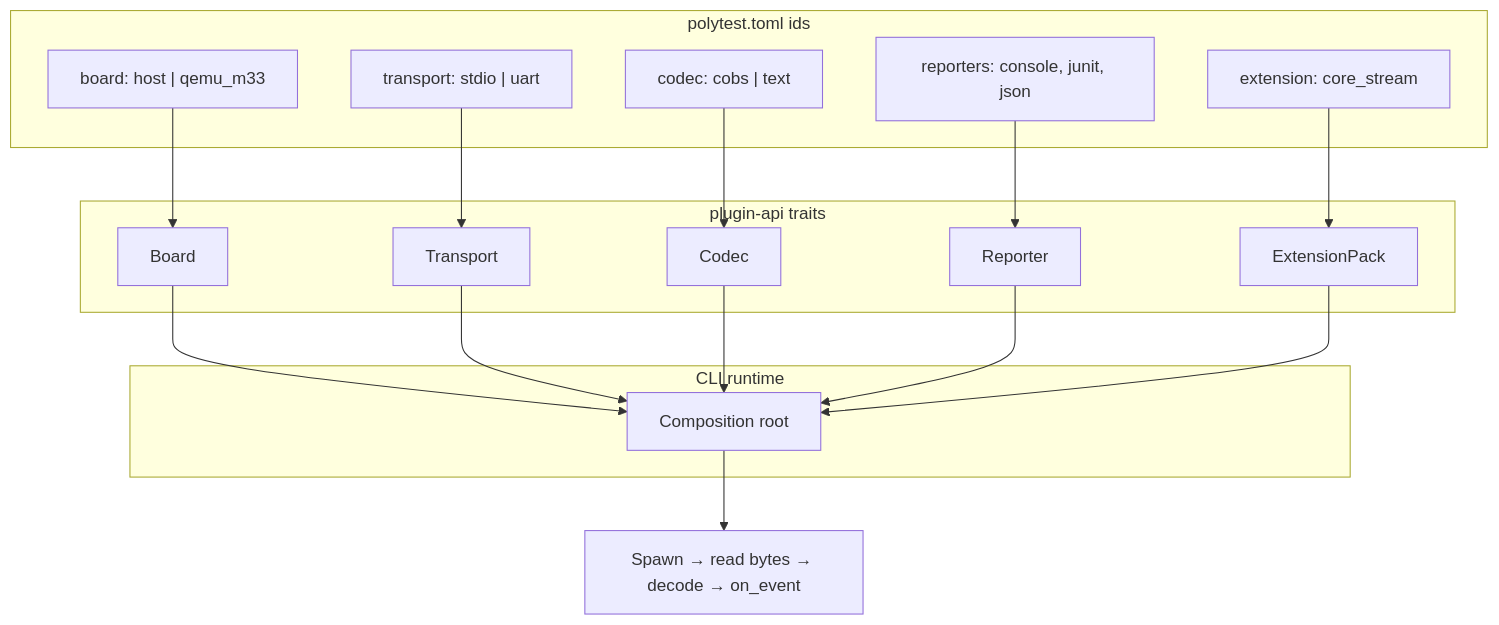
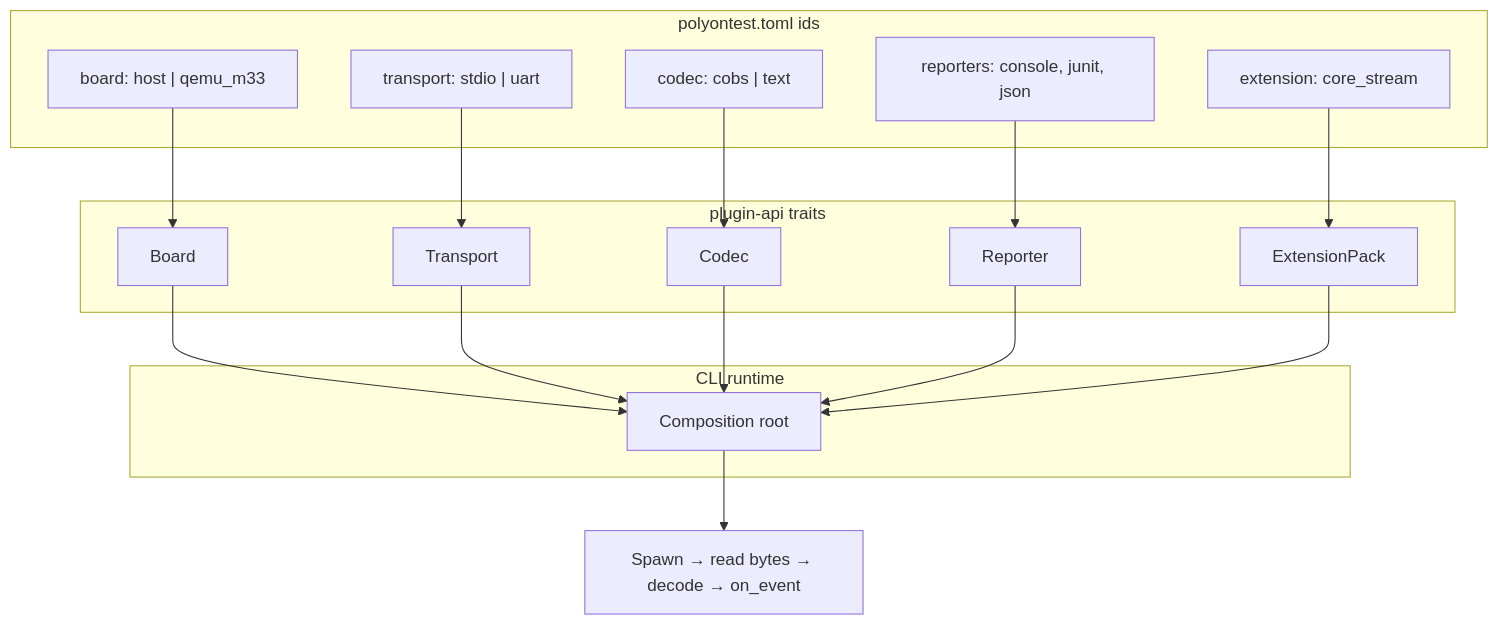
The diagram in docs/plugins.md (malto101/Open-PolyTest-Framework), drawn with Mermaid before and after one commit. The commit also changed other lines of this file and 93 other files, not shown here.

````diff
--- a/docs/plugins.md
+++ b/docs/plugins.md
@@ -10,31 +10,31 @@
 ```mermaid
 flowchart TB
-  subgraph config [polytest.toml ids]
+  subgraph config [polyontest.toml ids]
     boardId["board: host | qemu_m33"]
     transportId["transport: stdio | uart"]
     codecId["codec: cobs | text"]
     reporterIds["reporters: console, junit, json"]
     extId["extension: core_stream"]
   end
   subgraph traits [plugin-api traits]
     Board
     Transport
     Codec
     Reporter
     ExtensionPack
   end
   subgraph runtime [CLI runtime]
     root[Composition root]
   end
   boardId --> Board
   transportId --> Transport
   codecId --> Codec
   reporterIds --> Reporter
   extId --> ExtensionPack
   Board --> root
   Transport --> root
   Codec --> root
   Reporter --> root
   ExtensionPack --> root
   root --> pipe["Spawn → read bytes → decode → on_event"]
 ```
````
